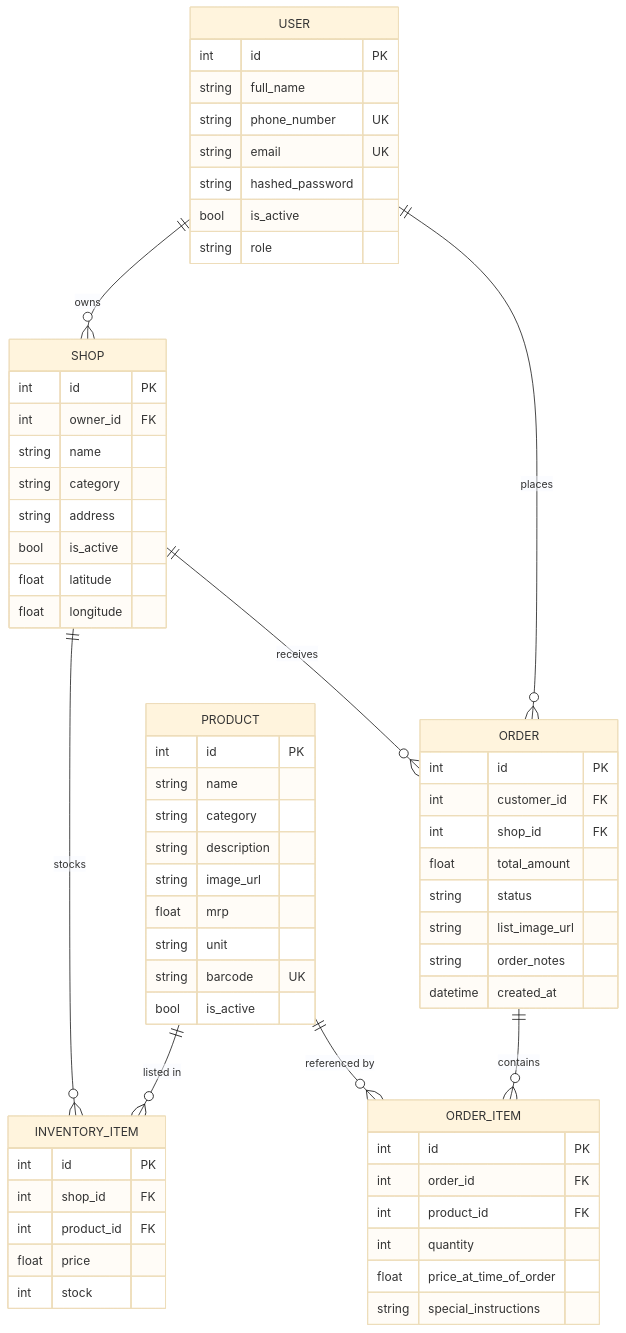
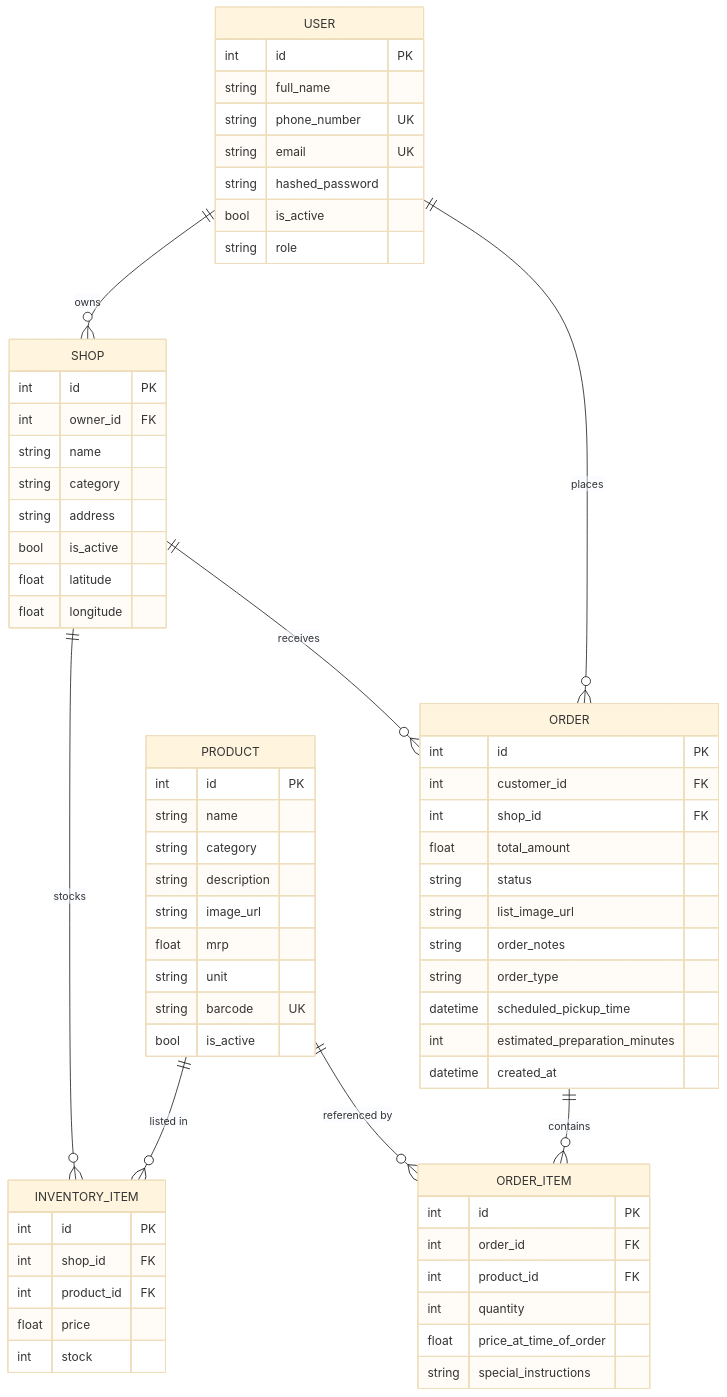
One commit to kirankumar3117/kmart-backend changed the second of 3 diagrams in README.md. Above: the diagram before and after it, drawn with Mermaid (base theme). The commit also changed other lines of this file, not shown here.

Commit message:
Update README with pre-order and pickup flow features

````diff
--- a/README.md
+++ b/README.md
@@ -128,66 +128,69 @@
 ```mermaid
 erDiagram
     USER ||--o{ SHOP : owns
     USER ||--o{ ORDER : places
     SHOP ||--o{ INVENTORY_ITEM : stocks
     PRODUCT ||--o{ INVENTORY_ITEM : "listed in"
     SHOP ||--o{ ORDER : receives
     ORDER ||--o{ ORDER_ITEM : contains
     PRODUCT ||--o{ ORDER_ITEM : "referenced by"
 
     USER {
         int id PK
         string full_name
         string phone_number UK
         string email UK
         string hashed_password
         bool is_active
         string role
     }
     PRODUCT {
         int id PK
         string name
         string category
         string description
         string image_url
         float mrp
         string unit
         string barcode UK
         bool is_active
     }
     SHOP {
         int id PK
         int owner_id FK
         string name
         string category
         string address
         bool is_active
         float latitude
         float longitude
     }
     INVENTORY_ITEM {
         int id PK
         int shop_id FK
         int product_id FK
         float price
         int stock
     }
     ORDER {
         int id PK
         int customer_id FK
         int shop_id FK
         float total_amount
         string status
         string list_image_url
         string order_notes
+        string order_type
+        datetime scheduled_pickup_time
+        int estimated_preparation_minutes
         datetime created_at
     }
     ORDER_ITEM {
         int id PK
         int order_id FK
         int product_id FK
         int quantity
         float price_at_time_of_order
         string special_instructions
     }
 ```
````
